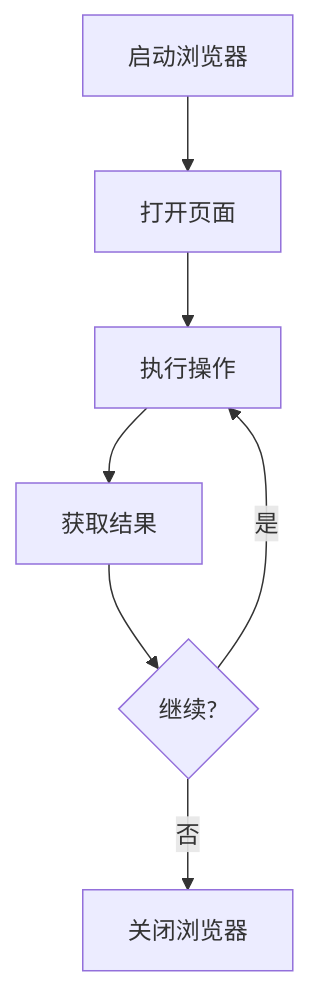
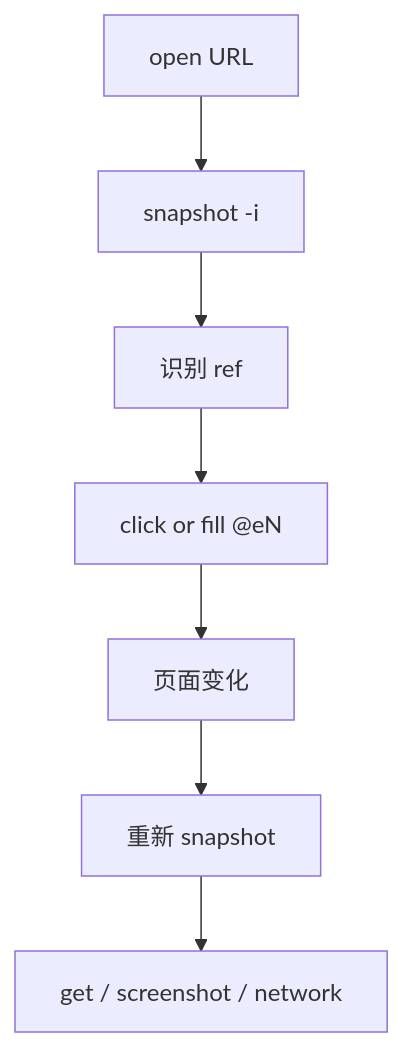
The diagram in content/posts/tech/agent-browser-vercel-ai-browser-automation-guide.md (A1pha3/text-matrix), drawn with Mermaid before and after one commit. The commit also changed other lines of this file, not shown here.

````diff
--- a/content/posts/tech/agent-browser-vercel-ai-browser-automation-guide.md
+++ b/content/posts/tech/agent-browser-vercel-ai-browser-automation-guide.md
@@ -152,9 +86,9 @@
 ```mermaid
 graph TD
-    A[启动浏览器] --> B[打开页面]
-    B --> C[执行操作]
-    C --> D[获取结果]
-    D --> E{继续?}
-    E -->|是| C
-    E -->|否| F[关闭浏览器]
+    A[open URL] --> B[snapshot -i]
+    B --> C[识别 ref]
+    C --> D[click or fill @eN]
+    D --> E[页面变化]
+    E --> F[重新 snapshot]
+    F --> G[get / screenshot / network]
 ```
````
